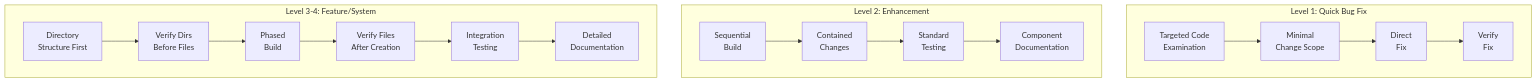
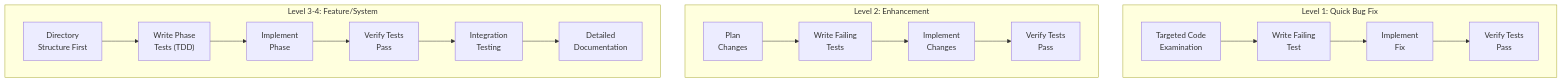
Before and after one commit to Texarkanine/.cursor-rules: the fifth of 5 diagrams in rulesets/niko/niko/visual-maps/build-mode-map.mdc, drawn with Mermaid. The commit also changed other lines of this file and 14 other files, not shown here.

````diff
--- a/rulesets/niko/niko/visual-maps/build-mode-map.mdc
+++ b/rulesets/niko/niko/visual-maps/build-mode-map.mdc
@@ -164,29 +164,29 @@
 ```mermaid
 graph TD
     subgraph "Level 1: Quick Bug Fix"
         L1A["Targeted Code<br>Examination"]
-        L1B["Minimal<br>Change Scope"]
-        L1C["Direct<br>Fix"]
-        L1D["Verify<br>Fix"]
+        L1B["Write Failing<br>Test"]
+        L1C["Implement<br>Fix"]
+        L1D["Verify Tests<br>Pass"]
     end
     
     subgraph "Level 2: Enhancement"
-        L2A["Sequential<br>Build"]
-        L2B["Contained<br>Changes"]
-        L2C["Standard<br>Testing"]
-        L2D["Component<br>Documentation"]
+        L2A["Plan<br>Changes"]
+        L2B["Write Failing<br>Tests"]
+        L2C["Implement<br>Changes"]
+        L2D["Verify Tests<br>Pass"]
     end
     
     subgraph "Level 3-4: Feature/System"
         L3A["Directory<br>Structure First"]
-        L3B["Verify Dirs<br>Before Files"]
-        L3C["Phased<br>Build"]
-        L3D["Verify Files<br>After Creation"]
+        L3B["Write Phase<br>Tests (TDD)"]
+        L3C["Implement<br>Phase"]
+        L3D["Verify Tests<br>Pass"]
         L3E["Integration<br>Testing"]
         L3F["Detailed<br>Documentation"]
     end
     
     L1A --> L1B --> L1C --> L1D
     L2A --> L2B --> L2C --> L2D
     L3A --> L3B --> L3C --> L3D --> L3E --> L3F
 ```
````
